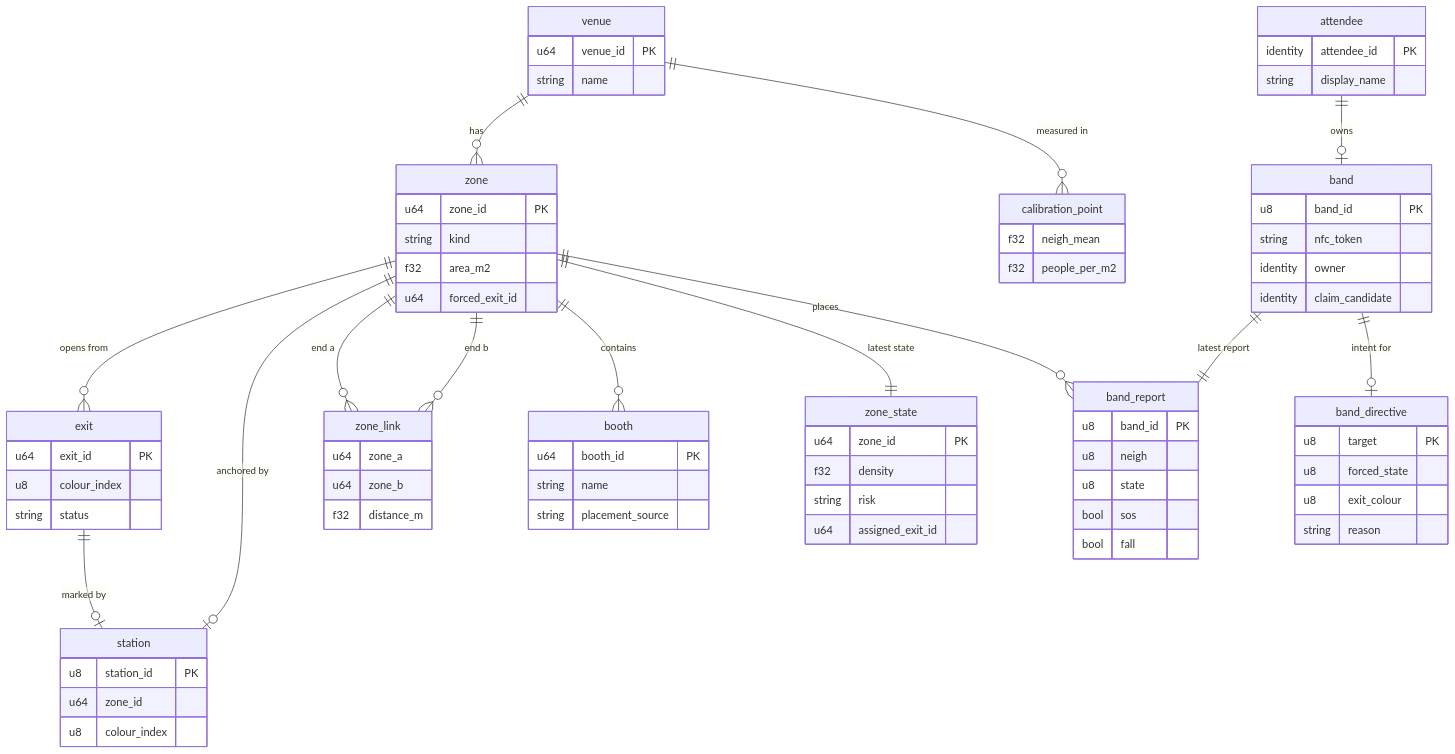
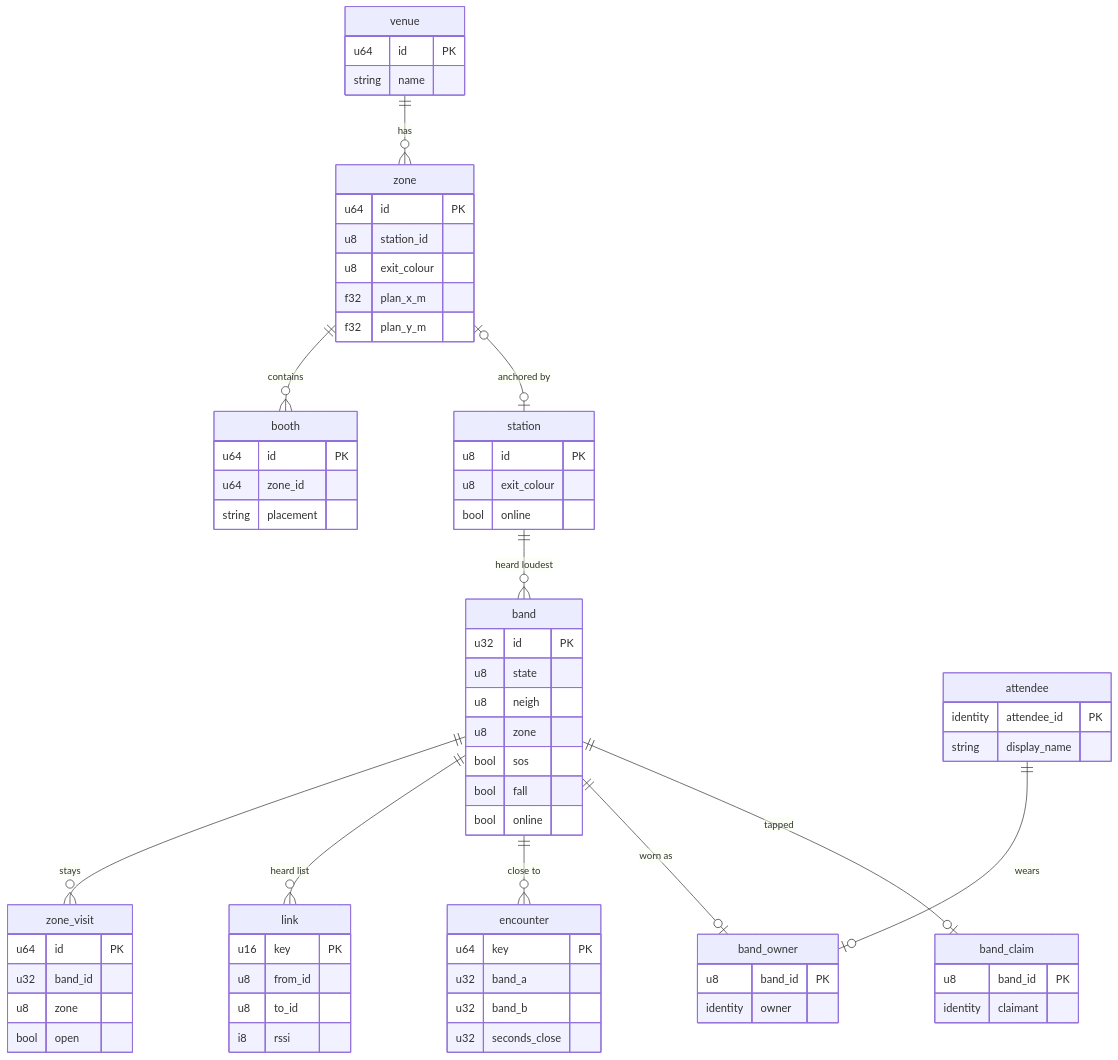
One commit to viktorinkov/cal-hacks-13 changed the second of 4 diagrams in System Design/2-data/SpacetimeDB.md. Above: the diagram before and after it, drawn with Mermaid. The commit also changed other lines of this file and 26 other files, not shown here.

````diff
--- a/System Design/2-data/SpacetimeDB.md
+++ b/System Design/2-data/SpacetimeDB.md
@@ -529,79 +479,73 @@
 ```mermaid
 erDiagram
   venue ||--o{ zone : has
-  zone ||--o{ exit : "opens from"
-  zone ||--o| station : "anchored by"
-  exit ||--o| station : "marked by"
-  zone ||--o{ zone_link : "end a"
-  zone ||--o{ zone_link : "end b"
   zone ||--o{ booth : contains
-  venue ||--o{ calibration_point : "measured in"
-  zone ||--|| zone_state : "latest state"
-  attendee ||--o| band : owns
-  band ||--|| band_report : "latest report"
-  band ||--o| band_directive : "intent for"
-  zone ||--o{ band_report : places
+  zone |o--o| station : "anchored by"
+  station ||--o{ band : "heard loudest"
+  band ||--o{ zone_visit : stays
+  band ||--o{ link : "heard list"
+  band ||--o{ encounter : "close to"
+  attendee ||--o| band_owner : wears
+  band ||--o| band_owner : "worn as"
+  band ||--o| band_claim : "tapped"
   venue {
-    u64 venue_id PK
+    u64 id PK
     string name
   }
   zone {
-    u64 zone_id PK
-    string kind
-    f32 area_m2
-    u64 forced_exit_id
+    u64 id PK
+    u8 station_id
+    u8 exit_colour
+    f32 plan_x_m
+    f32 plan_y_m
   }
-  zone_link {
-    u64 zone_a
-    u64 zone_b
-    f32 distance_m
-  }
-  exit {
-    u64 exit_id PK
-    u8 colour_index
-    string status
+  booth {
+    u64 id PK
+    u64 zone_id
+    string placement
   }
   station {
-    u8 station_id PK
-    u64 zone_id
-    u8 colour_index
+    u8 id PK
+    u8 exit_colour
+    bool online
   }
-  booth {
-    u64 booth_id PK
-    string name
-    string placement_source
+  band {
+    u32 id PK
+    u8 state
+    u8 neigh
+    u8 zone
+    bool sos
+    bool fall
+    bool online
   }
-  calibration_point {
-    f32 neigh_mean
-    f32 people_per_m2
+  zone_visit {
+    u64 id PK
+    u32 band_id
+    u8 zone
+    bool open
+  }
+  link {
+    u16 key PK
+    u8 from_id
+    u8 to_id
+    i8 rssi
+  }
+  encounter {
+    u64 key PK
+    u32 band_a
+    u32 band_b
+    u32 seconds_close
   }
   attendee {
     identity attendee_id PK
     string display_name
   }
-  band {
+  band_owner {
     u8 band_id PK
-    string nfc_token
     identity owner
-    identity claim_candidate
   }
-  band_report {
+  band_claim {
     u8 band_id PK
-    u8 neigh
-    u8 state
-    bool sos
-    bool fall
-  }
-  zone_state {
-    u64 zone_id PK
-    f32 density
-    string risk
-    u64 assigned_exit_id
-  }
-  band_directive {
-    u8 target PK
-    u8 forced_state
-    u8 exit_colour
-    string reason
+    identity claimant
   }
 ```
````
